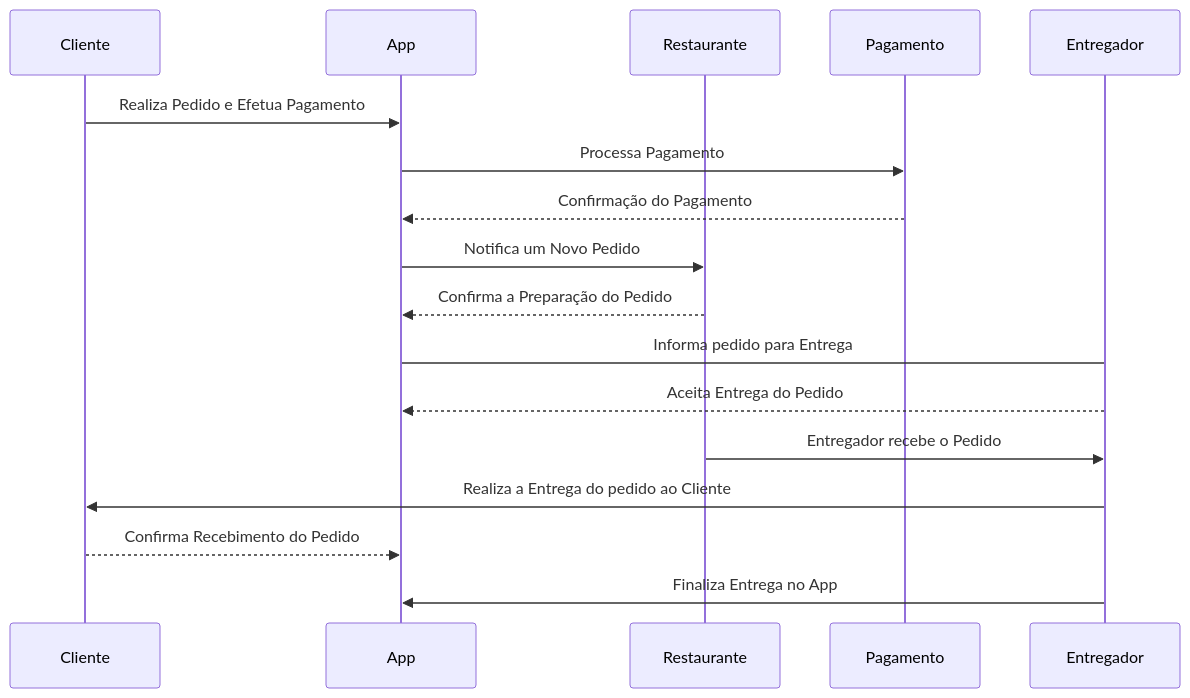
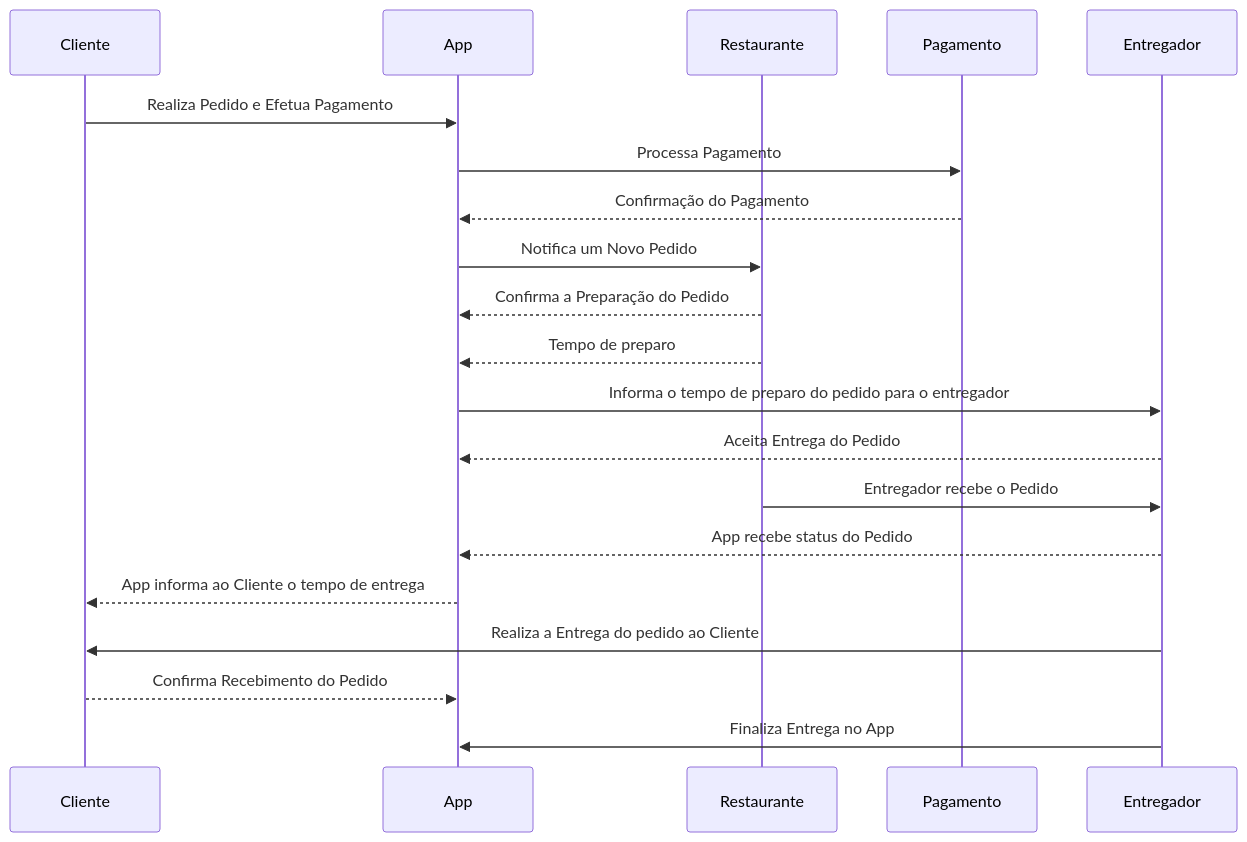
Before and after one commit to Pimbosss/Projeto-Flash-Foods: the diagram in diagramadeSequencia.md, drawn with Mermaid.

Commit message:
Update sequence diagram with additional steps

````diff
--- a/diagramadeSequencia.md
+++ b/diagramadeSequencia.md
@@ -4,21 +4,26 @@
 ```mermaid
 sequenceDiagram
     participant C as Cliente
     participant A as App
     participant R as Restaurante
     participant P as Pagamento
     participant E as Entregador
 
+
+    
     
     C->>A: Realiza Pedido e Efetua Pagamento
     A->>P: Processa Pagamento 
     P-->>A: Confirmação do Pagamento
     A->>R: Notifica um Novo Pedido
     R-->>A: Confirma a Preparação do Pedido
-    A->E: Informa pedido para Entrega 
+    R-->>A: Tempo de preparo
+    A->>E: Informa o tempo de preparo do pedido para o entregador
     E-->>A: Aceita Entrega do Pedido
-    R->>E: Entregador recebe o Pedido 
+    R->>E: Entregador recebe o Pedido
+    E-->>A: App recebe status do Pedido
+    A-->>C: App informa ao Cliente o tempo de entrega
     E->>C: Realiza a Entrega do pedido ao Cliente
     C-->>A: Confirma Recebimento do Pedido
     E->>A: Finaliza Entrega no App
 ```
````
